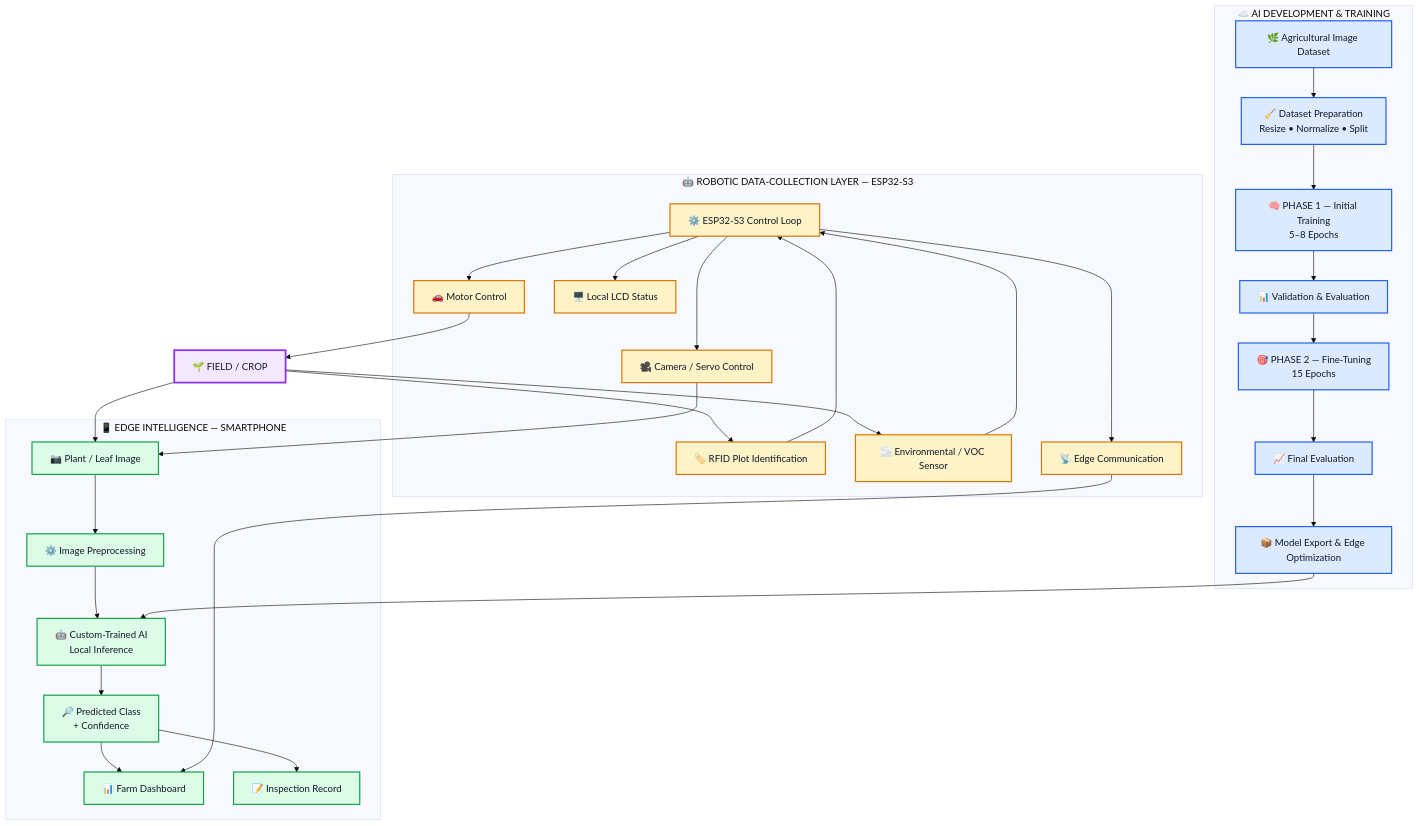
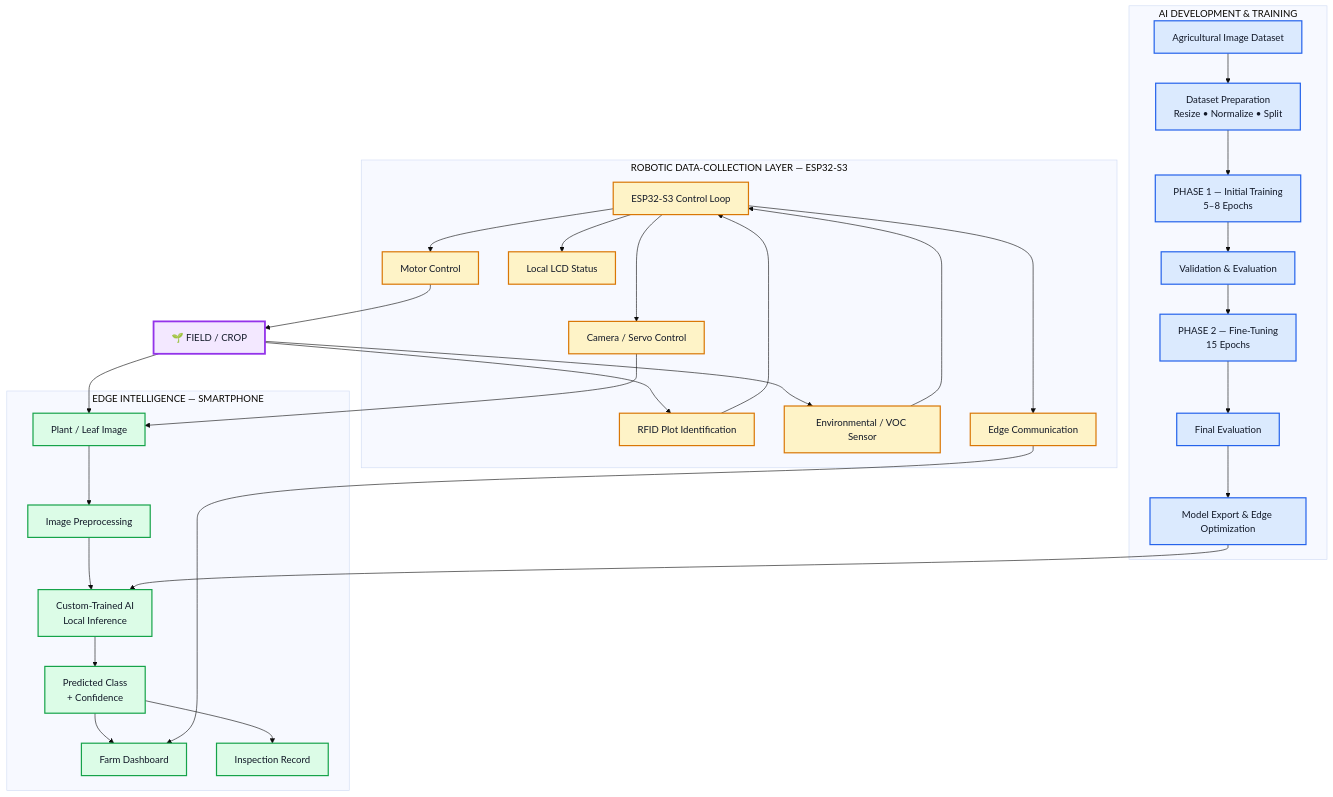
One commit to robotahmid07-debug/Team-Obsidian_BuildAthon_Competition-by-RoboNauts changed the first of 5 diagrams in EdgeCrop_System_Architecture_Upgraded.md. Above: the diagram before and after it, drawn with Mermaid (base theme). The commit also changed other lines of this file, not shown here.

````diff
--- a/EdgeCrop_System_Architecture_Upgraded.md
+++ b/EdgeCrop_System_Architecture_Upgraded.md
@@ -50,80 +50,80 @@
 ```mermaid
 flowchart TB
 
     %% =========================
     %% AI DEVELOPMENT
     %% =========================
-    subgraph AI["☁️ AI DEVELOPMENT & TRAINING"]
-        DATA["🌿 Agricultural Image Dataset"]
-        PREP["🧹 Dataset Preparation<br/>Resize • Normalize • Split"]
-        P1["🧠 PHASE 1 — Initial Training<br/>5–8 Epochs"]
-        EVAL1["📊 Validation & Evaluation"]
-        P2["🎯 PHASE 2 — Fine-Tuning<br/>15 Epochs"]
-        EVAL2["📈 Final Evaluation"]
-        OPT["📦 Model Export & Edge Optimization"]
+    subgraph AI[" AI DEVELOPMENT & TRAINING"]
+        DATA[" Agricultural Image Dataset"]
+        PREP[" Dataset Preparation<br/>Resize • Normalize • Split"]
+        P1[" PHASE 1 — Initial Training<br/>5–8 Epochs"]
+        EVAL1[" Validation & Evaluation"]
+        P2[" PHASE 2 — Fine-Tuning<br/>15 Epochs"]
+        EVAL2[" Final Evaluation"]
+        OPT[" Model Export & Edge Optimization"]
 
         DATA --> PREP --> P1 --> EVAL1 --> P2 --> EVAL2 --> OPT
     end
 
     %% =========================
     %% SMARTPHONE
     %% =========================
-    subgraph EDGE["📱 EDGE INTELLIGENCE — SMARTPHONE"]
-        CAM["📷 Plant / Leaf Image"]
-        PP["⚙️ Image Preprocessing"]
-        INF["🤖 Custom-Trained AI<br/>Local Inference"]
-        RESULT["🔎 Predicted Class<br/>+ Confidence"]
-        DASH["📊 Farm Dashboard"]
-        LOG["📝 Inspection Record"]
+    subgraph EDGE[" EDGE INTELLIGENCE — SMARTPHONE"]
+        CAM[" Plant / Leaf Image"]
+        PP[" Image Preprocessing"]
+        INF[" Custom-Trained AI<br/>Local Inference"]
+        RESULT[" Predicted Class<br/>+ Confidence"]
+        DASH[" Farm Dashboard"]
+        LOG[" Inspection Record"]
 
         CAM --> PP --> INF --> RESULT
         RESULT --> DASH
         RESULT --> LOG
     end
 
     %% =========================
     %% ROBOT
     %% =========================
-    subgraph ROBOT["🤖 ROBOTIC DATA-COLLECTION LAYER — ESP32-S3"]
-        CTRL["⚙️ ESP32-S3 Control Loop"]
-        MOTOR["🚗 Motor Control"]
-        SERVO["🎥 Camera / Servo Control"]
-        RFID["🏷️ RFID Plot Identification"]
-        GAS["🌫️ Environmental / VOC Sensor"]
-        LCD["🖥️ Local LCD Status"]
-        COMM["📡 Edge Communication"]
+    subgraph ROBOT[" ROBOTIC DATA-COLLECTION LAYER — ESP32-S3"]
+        CTRL[" ESP32-S3 Control Loop"]
+        MOTOR[" Motor Control"]
+        SERVO[" Camera / Servo Control"]
+        RFID[" RFID Plot Identification"]
+        GAS[" Environmental / VOC Sensor"]
+        LCD[" Local LCD Status"]
+        COMM[" Edge Communication"]
 
         CTRL --> MOTOR
         CTRL --> SERVO
         RFID --> CTRL
         GAS --> CTRL
         CTRL --> LCD
         CTRL --> COMM
     end
 
     %% =========================
     %% FIELD
     %% =========================
     FIELD["🌱 FIELD / CROP"]
 
     OPT --> INF
     COMM --> DASH
     FIELD --> RFID
     FIELD --> GAS
     FIELD --> CAM
     MOTOR --> FIELD
     SERVO --> CAM
 
     %% =========================
     %% STYLING
     %% =========================
     classDef ai fill:#dbeafe,stroke:#2563eb,stroke-width:2px,color:#111827;
     classDef edge fill:#dcfce7,stroke:#16a34a,stroke-width:2px,color:#111827;
     classDef robot fill:#fef3c7,stroke:#d97706,stroke-width:2px,color:#111827;
     classDef field fill:#f3e8ff,stroke:#9333ea,stroke-width:3px,color:#111827;
 
     class DATA,PREP,P1,EVAL1,P2,EVAL2,OPT ai;
     class CAM,PP,INF,RESULT,DASH,LOG edge;
     class CTRL,MOTOR,SERVO,RFID,GAS,LCD,COMM robot;
     class FIELD field;
 ```
````
